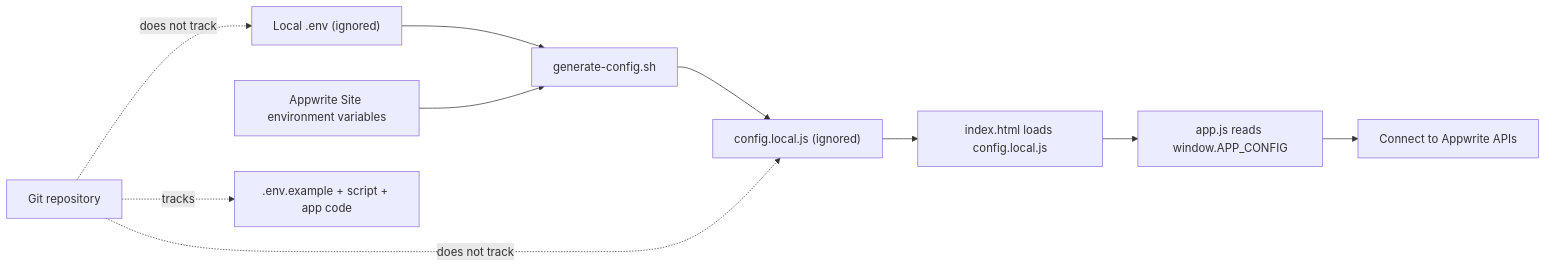
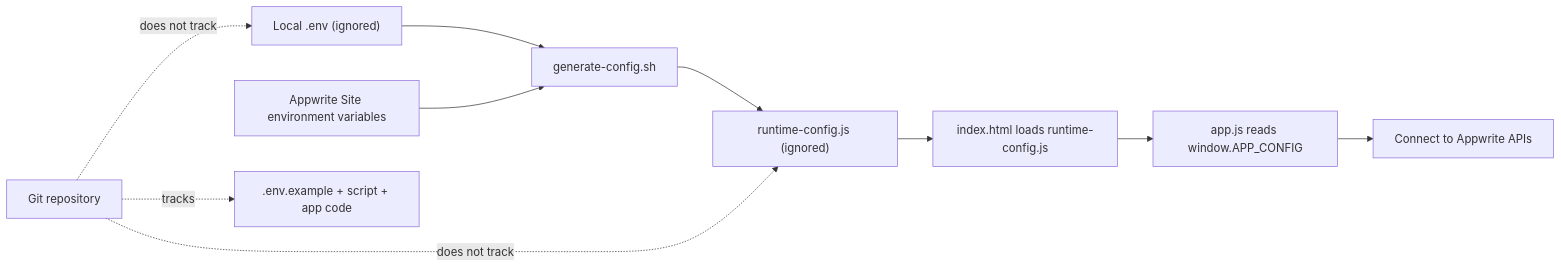
Before and after one commit to sxn-star/psych-honours-2026: the second of 2 diagrams in README.md, drawn with Mermaid. The commit also changed other lines of this file and 9 other files, not shown here.

Commit message:
Rename browser runtime config to runtime-config.js

````diff
--- a/README.md
+++ b/README.md
@@ -78,13 +78,13 @@
 ```mermaid
 flowchart LR
 	LENV["Local .env (ignored)"] --> GEN["generate-config.sh"]
 	SITEENV["Appwrite Site environment variables"] --> GEN
-	GEN --> RUNTIMECFG["config.local.js (ignored)"]
-	RUNTIMECFG --> HTML["index.html loads config.local.js"]
+	GEN --> RUNTIMECFG["runtime-config.js (ignored)"]
+	RUNTIMECFG --> HTML["index.html loads runtime-config.js"]
 	HTML --> APP["app.js reads window.APP_CONFIG"]
 	APP --> API["Connect to Appwrite APIs"]
 
 	GIT["Git repository"] -. "tracks" .-> TRACKED[".env.example + script + app code"]
 	GIT -. "does not track" .-> LENV
 	GIT -. "does not track" .-> RUNTIMECFG
 ```
````
